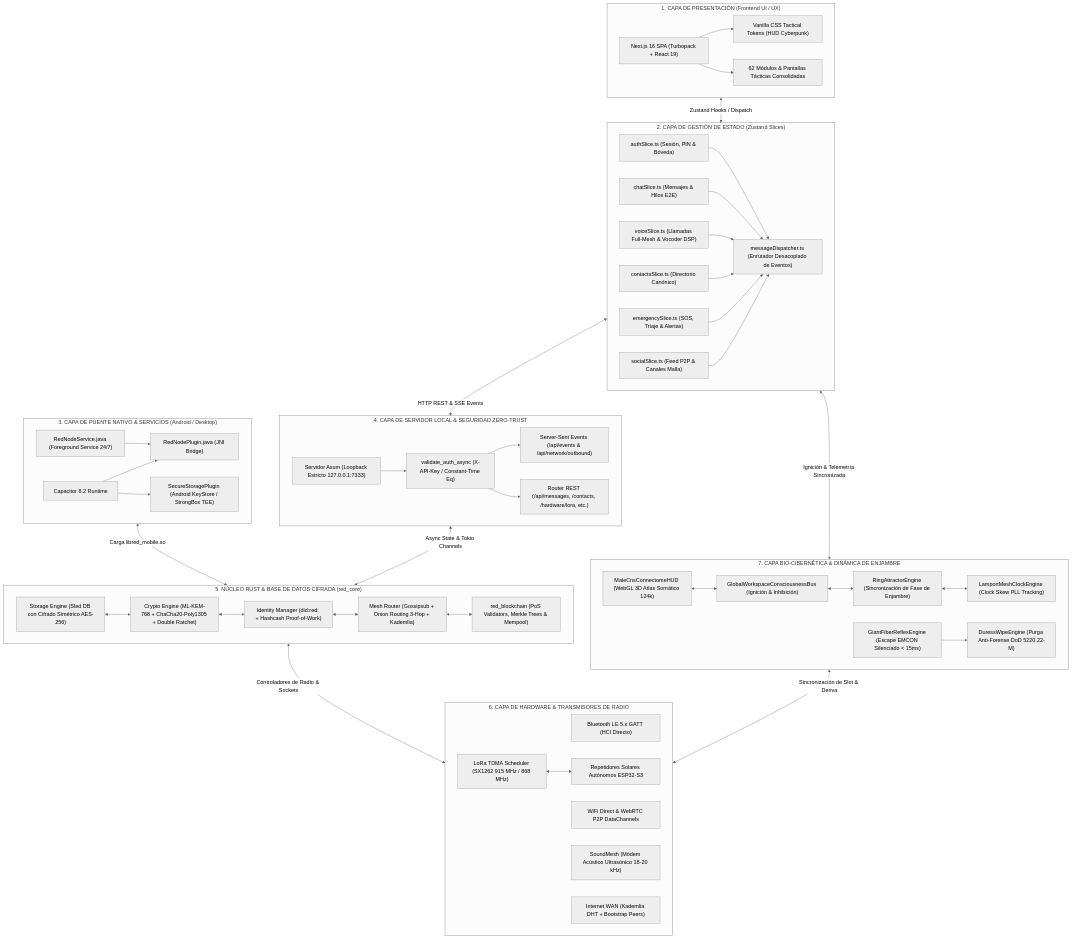
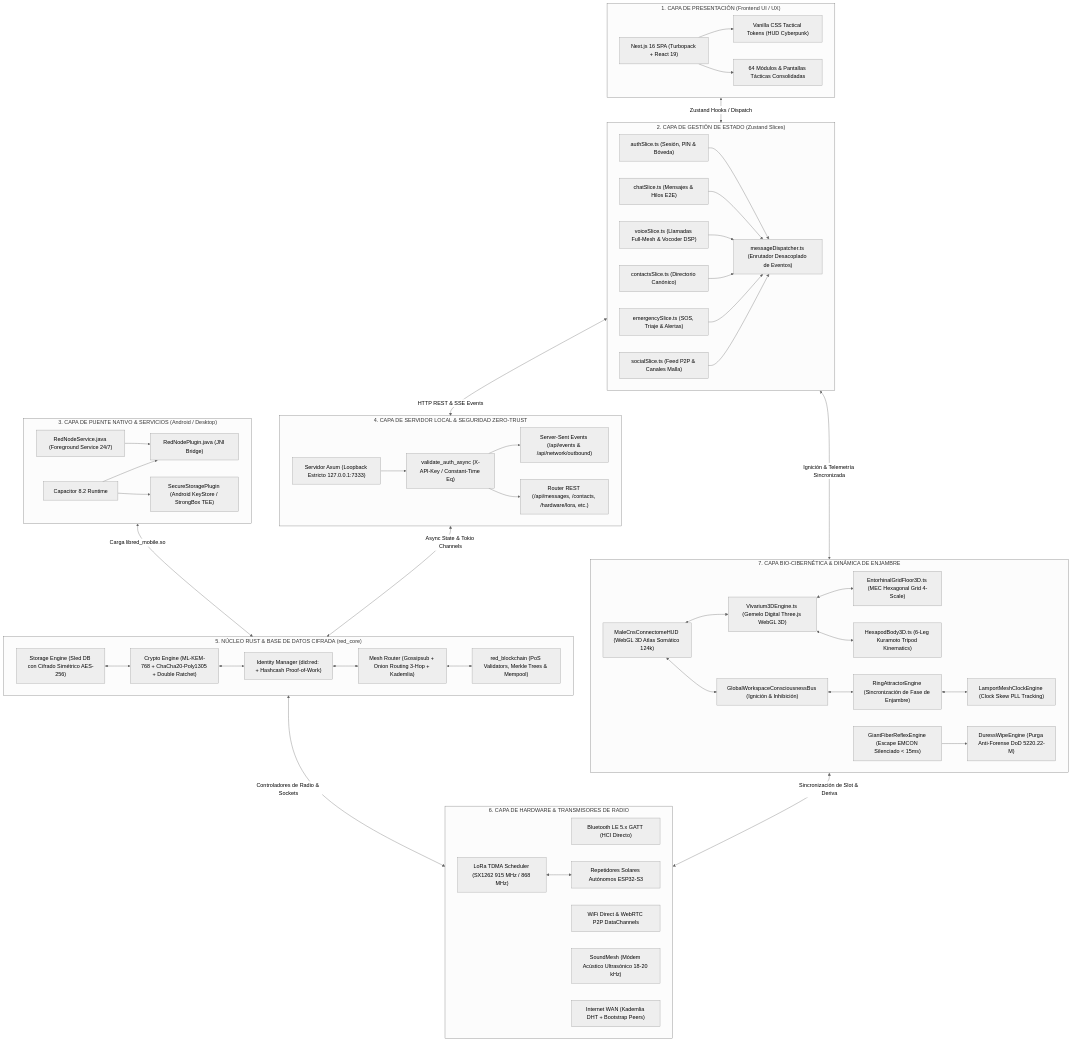
One commit to DarckRovert/RED changed the first of 10 diagrams in ARCHITECTURE.md. Above: the diagram before and after it, drawn with Mermaid (neutral theme). The commit also changed other lines of this file and 18 other files, not shown here.

```diff
--- a/ARCHITECTURE.md
+++ b/ARCHITECTURE.md
@@ -28,7 +29,7 @@
     subgraph CAPA_1_PRESENTACION ["1. CAPA DE PRESENTACIÓN (Frontend UI / UX)"]
         UI_SPA["Next.js 16 SPA (Turbopack + React 19)"]
         CSS_TOKENS["Vanilla CSS Tactical Tokens (HUD Cyberpunk)"]
-        MOD_CATALOG["62 Módulos & Pantallas Tácticas Consolidadas"]
+        MOD_CATALOG["64 Módulos & Pantallas Tácticas Consolidadas"]
         UI_SPA --> CSS_TOKENS
         UI_SPA --> MOD_CATALOG
     end
@@ -52,12 +53,18 @@
 
     subgraph CAPA_7_BIOCIBERNETICA ["7. CAPA BIO-CIBERNÉTICA & DINÁMICA DE ENJAMBRE"]
         CONNECTOME["MaleCnsConnectomeHUD (WebGL 3D Atlas Somático 124k)"]
+        VIVARIUM_3D["Vivarium3DEngine.ts (Gemelo Digital Three.js WebGL 3D)"]
+        ENTORHINAL_GRID["EntorhinalGridFloor3D.ts (MEC Hexagonal Grid 4-Scale)"]
+        CPG_HEXAPOD["HexapodBody3D.ts (6-Leg Kuramoto Tripod Kinematics)"]
         GNWT_BUS["GlobalWorkspaceConsciousnessBus (Ignición & Inhibición)"]
         KURAMOTO["RingAttractorEngine (Sincronización de Fase de Enjambre)"]
         GIANT_FIBER["GiantFiberReflexEngine (Escape EMCON Silenciado < 15ms)"]
         LAMPORT_PLL["LamportMeshClockEngine (Clock Skew PLL Tracking)"]
         DURESS_WIPE["DuressWipeEngine (Purga Anti-Forense DoD 5220.22-M)"]
         
+        CONNECTOME <--> VIVARIUM_3D
+        VIVARIUM_3D <--> ENTORHINAL_GRID
+        VIVARIUM_3D <--> CPG_HEXAPOD
         CONNECTOME <--> GNWT_BUS
         GNWT_BUS <--> KURAMOTO
         KURAMOTO <--> LAMPORT_PLL
```
